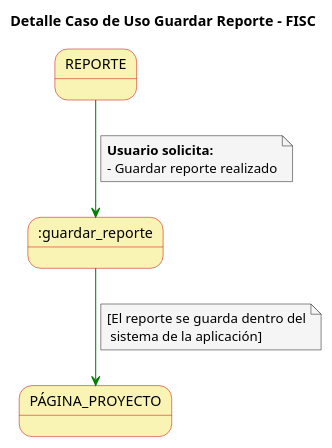
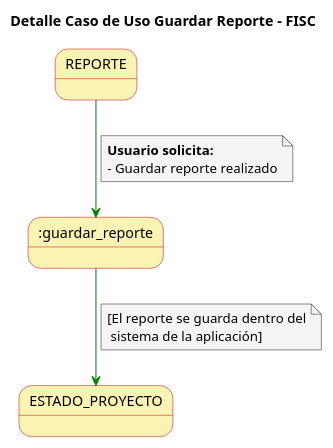
Before and after one commit to mmasias/23-24-IdSw1-SDR: the diagram in casosDeUso/detallesCasosUso/detalleCasoUsoGuardarReporte.puml, drawn with PlantUML. The commit also changed 7 other files, not shown here.

```diff
--- a/casosDeUso/detallesCasosUso/detalleCasoUsoGuardarReporte.puml
+++ b/casosDeUso/detallesCasosUso/detalleCasoUsoGuardarReporte.puml
@@ -1,28 +1,28 @@
 @startuml
 
 skinparam state {
   BackgroundColor #faf4b4
   BorderColor #c90000
 }
 
 skinparam note {
   BackgroundColor #f5f5f5
 }
 
 skinparam linetype polyline
 
 title Detalle Caso de Uso Guardar Reporte - FISC
 
 
 REPORTE-[#green]-> :guardar_reporte
 note on link
   **Usuario solicita:**
   - Guardar reporte realizado
 end note
 
-:guardar_reporte-[#green]-> PÁGINA_PROYECTO
+:guardar_reporte-[#green]-> ESTADO_PROYECTO
 note on link
    [El reporte se guarda dentro del
     sistema de la aplicación]
 end note
 @enduml
```
